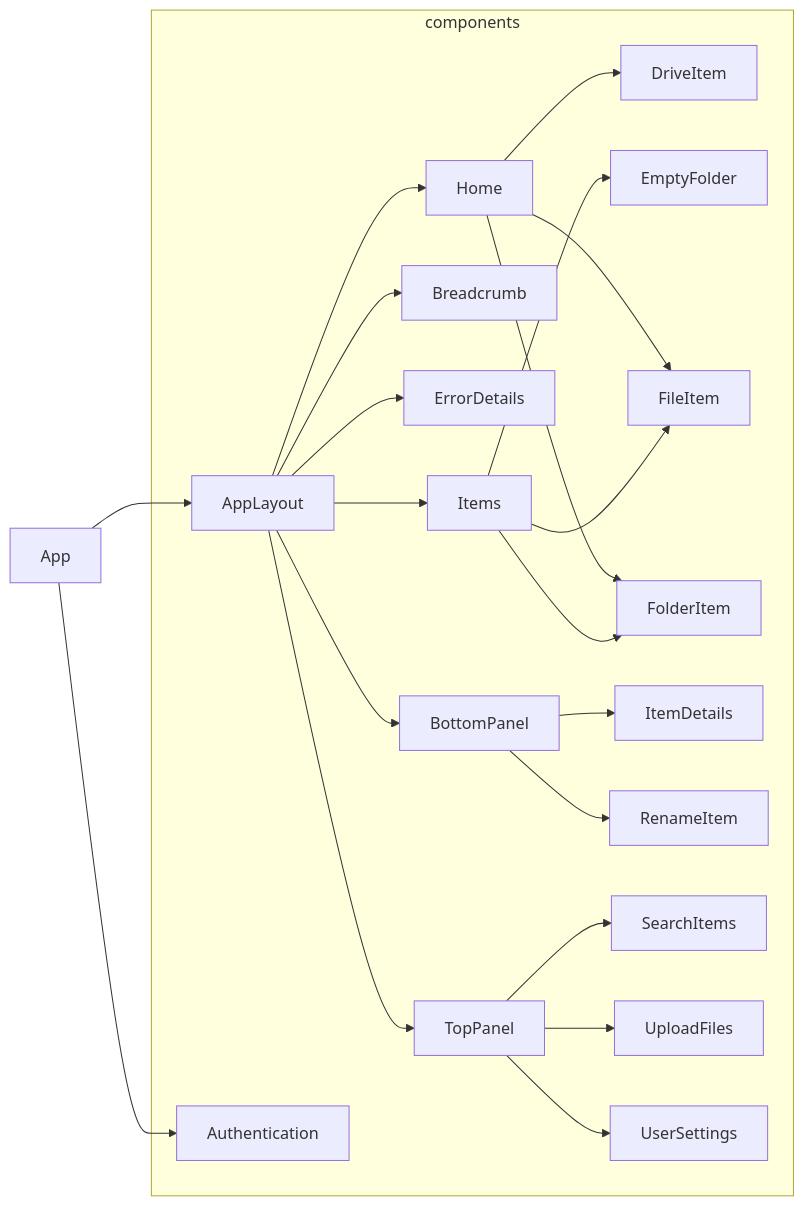
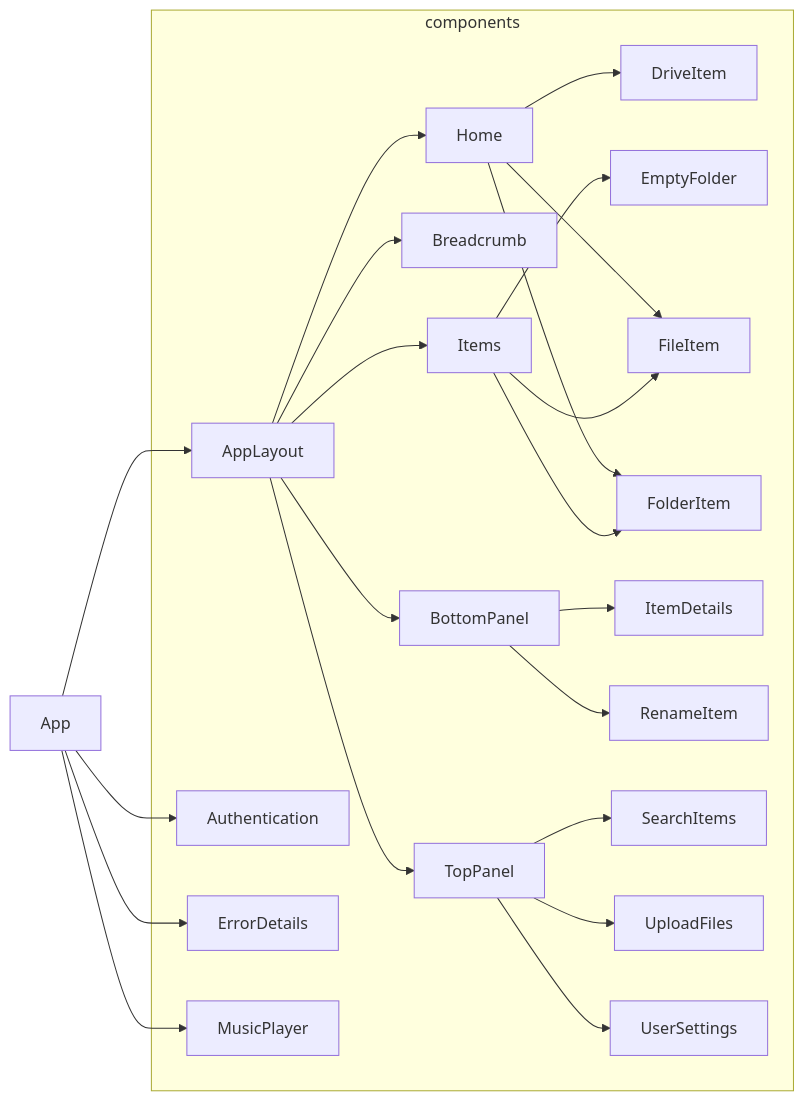
Before and after one commit to akshay-nile/file-server-http: the second of 2 diagrams in README.md, drawn with Mermaid. The commit also changed other lines of this file and 22 other files, not shown here.

Commit message:
added music-player; chunked frontend build; version updates

````diff
--- a/README.md
+++ b/README.md
@@ -69,49 +69,51 @@
 ```mermaid
 graph LR
     App
 
     subgraph components
         AppLayout
         Authentication
         BottomPanel
         Breadcrumb
         DriveItem
         EmptyFolder
         ErrorDetails
         FileItem
         FolderItem
         Home
         ItemDetails
         Items
+        MusicPlayer
         RenameItem
         SearchItems
         TopPanel
         UploadFiles
         UserSettings
     end
 
     App --> AppLayout
     App --> Authentication
+    App --> MusicPlayer
+    App --> ErrorDetails
 
     AppLayout --> TopPanel
     AppLayout --> Home
     AppLayout --> Items
     AppLayout --> BottomPanel
-    AppLayout --> ErrorDetails
     AppLayout --> Breadcrumb
 
     Home --> DriveItem
     Home --> FileItem
     Home --> FolderItem
 
     Items --> EmptyFolder
     Items --> FileItem
     Items --> FolderItem
 
     TopPanel --> UploadFiles
     TopPanel --> SearchItems
     TopPanel --> UserSettings
 
     BottomPanel --> ItemDetails
     BottomPanel --> RenameItem
 ```
````
